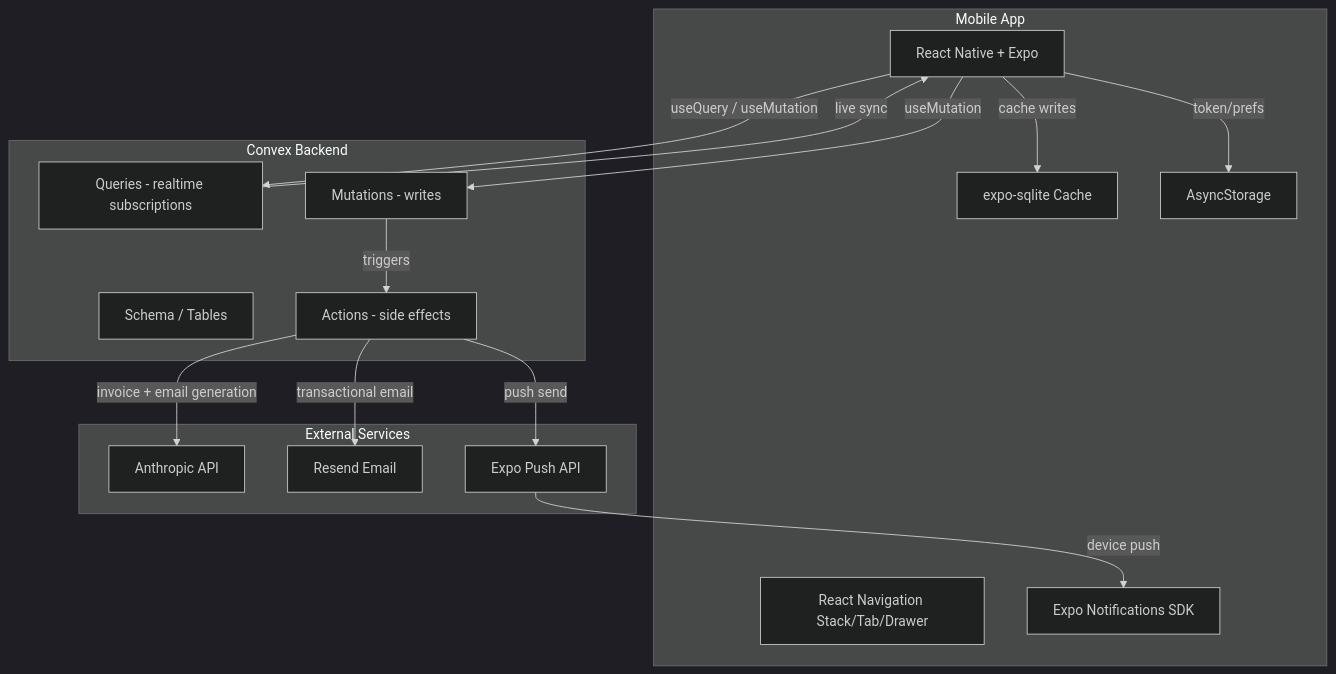
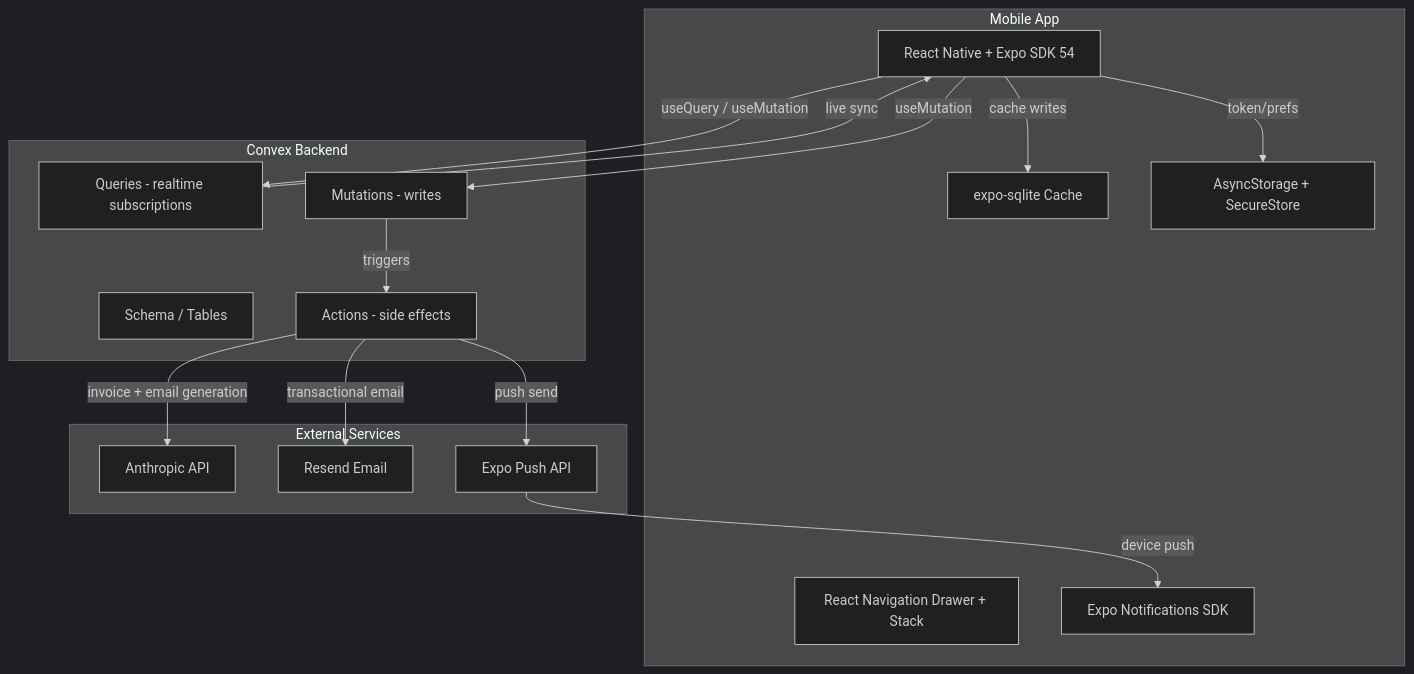
Before and after one commit to mouha18/Flow_Desk: the diagram in docs/ARCHITECTURE.md, drawn with Mermaid (dark theme). The commit also changed other lines of this file and 60 other files, not shown here.

````diff
--- a/docs/ARCHITECTURE.md
+++ b/docs/ARCHITECTURE.md
@@ -18,34 +18,34 @@
 ```mermaid
 graph TD
     subgraph Mobile App
-        RN[React Native + Expo]
-        NAV[React Navigation Stack/Tab/Drawer]
+        RN[React Native + Expo SDK 54]
+        NAV[React Navigation Drawer + Stack]
         SQLITE[expo-sqlite Cache]
-        ASYNCSTORAGE[AsyncStorage]
+        ASYNCSTORAGE[AsyncStorage + SecureStore]
         EXPOPUSH[Expo Notifications SDK]
     end
 
     subgraph Convex Backend
         SCHEMA[Schema / Tables]
         QUERIES[Queries - realtime subscriptions]
         MUTATIONS[Mutations - writes]
         ACTIONS[Actions - side effects]
     end
 
     subgraph External Services
         ANTHROPIC[Anthropic API]
         RESEND[Resend Email]
         EXPOPUSHAPI[Expo Push API]
     end
 
     RN -->|useQuery / useMutation| QUERIES
     RN -->|useMutation| MUTATIONS
     MUTATIONS -->|triggers| ACTIONS
     QUERIES -->|live sync| RN
     RN -->|cache writes| SQLITE
     RN -->|token/prefs| ASYNCSTORAGE
     ACTIONS -->|invoice + email generation| ANTHROPIC
     ACTIONS -->|transactional email| RESEND
     ACTIONS -->|push send| EXPOPUSHAPI
     EXPOPUSHAPI -->|device push| EXPOPUSH
 ```
````
